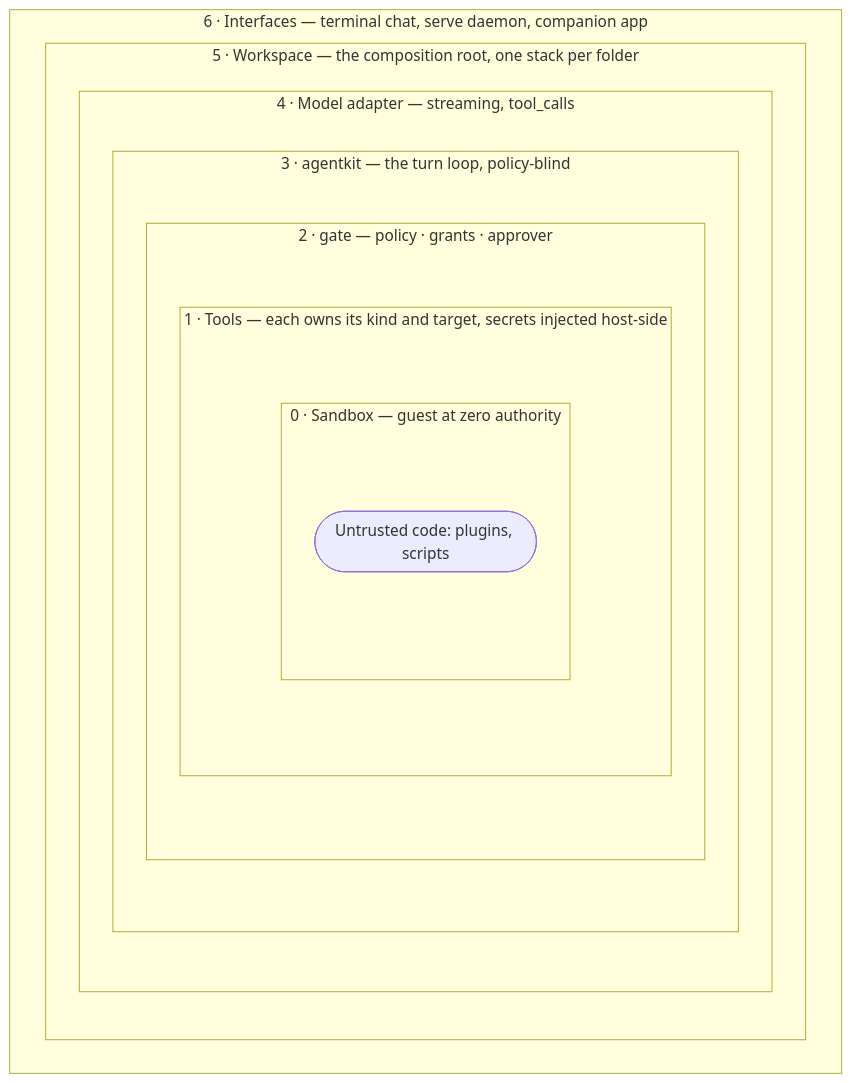
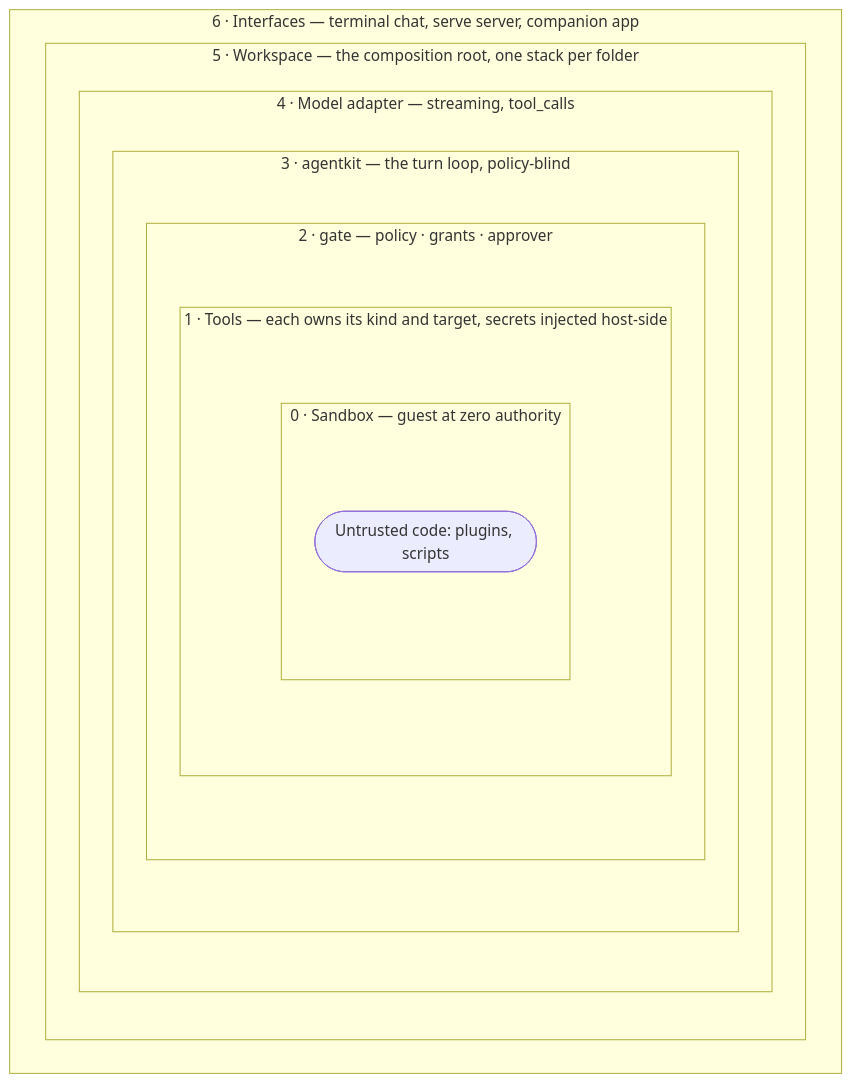
The diagram in docs/src/content/docs/architecture/the-onion.md (efuturetoday/nocturn), drawn with Mermaid before and after one commit. The commit also changed other lines of this file and 33 other files, not shown here.

````diff
--- a/docs/src/content/docs/architecture/the-onion.md
+++ b/docs/src/content/docs/architecture/the-onion.md
@@ -10,18 +10,18 @@
 ```mermaid
 flowchart TB
-  subgraph L6 ["6 · Interfaces — terminal chat, serve daemon, companion app"]
+  subgraph L6 ["6 · Interfaces — terminal chat, serve server, companion app"]
    subgraph L5 ["5 · Workspace — the composition root, one stack per folder"]
     subgraph L4 ["4 · Model adapter — streaming, tool_calls"]
      subgraph L3 ["3 · agentkit — the turn loop, policy-blind"]
       subgraph L2 ["2 · gate — policy · grants · approver"]
        subgraph L1 ["1 · Tools — each owns its kind and target, secrets injected host-side"]
         subgraph L0 ["0 · Sandbox — guest at zero authority"]
          code([Untrusted code: plugins, scripts])
         end
        end
       end
      end
     end
    end
   end
 ```
````
